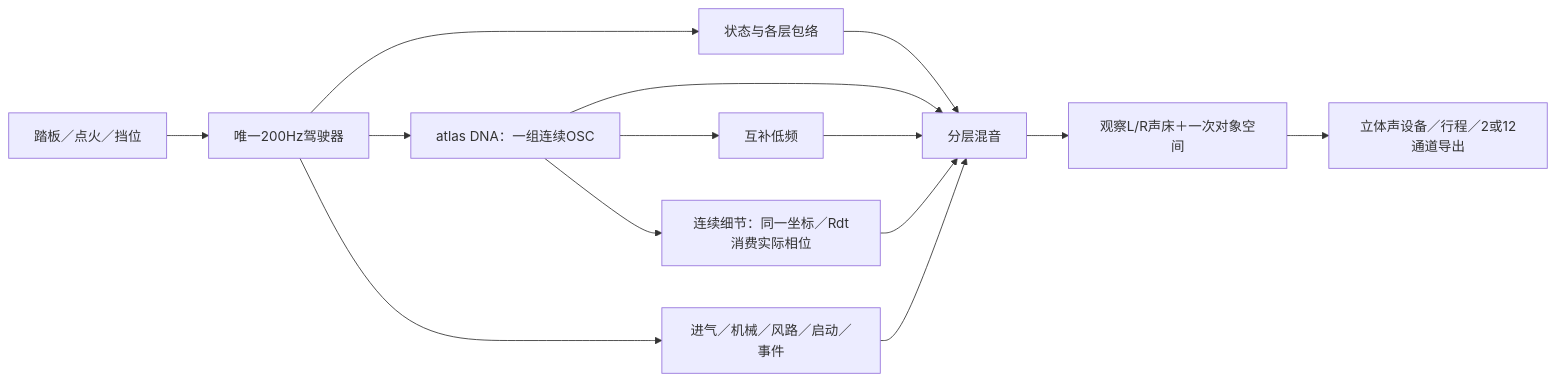
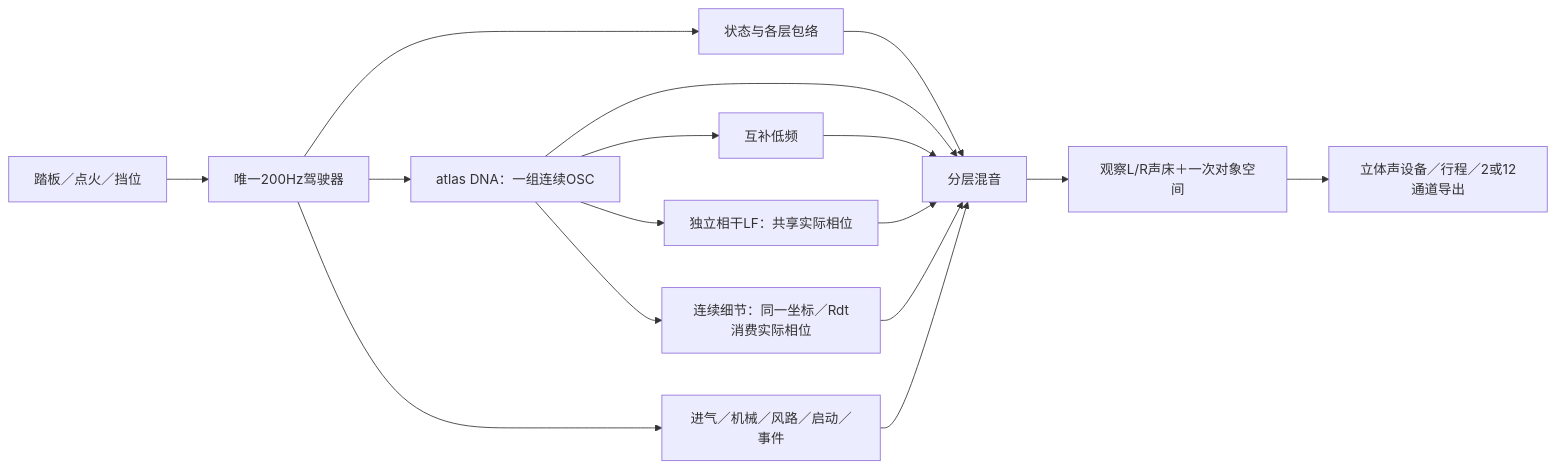
Before and after one commit to Kidrage/VehicleSoundLab: the diagram in handoff/算法说明.md, drawn with Mermaid. The commit also changed other lines of this file and 61 other files, not shown here.

````diff
--- a/handoff/算法说明.md
+++ b/handoff/算法说明.md
@@ -11,16 +13,18 @@
 ```mermaid
 flowchart LR
     UI[踏板／点火／挡位] --> DRIVE[唯一200Hz驾驶器]
     DRIVE --> ENV[状态与各层包络]
     DRIVE --> DNA[atlas DNA：一组连续OSC]
     DNA --> BODY[互补低频]
+    DNA --> LF[独立相干LF：共享实际相位]
     DNA --> RD[连续细节：同一坐标／Rdt消费实际相位]
     ENV --> MIX[分层混音]
     DNA --> MIX
     BODY --> MIX
+    LF --> MIX
     RD --> MIX
     DRIVE --> EXTRA[进气／机械／风路／启动／事件]
     EXTRA --> MIX
     MIX --> SPACE[观察L/R声床＋一次对象空间]
     SPACE --> OUT[立体声设备／行程／2或12通道导出]
 ```
````
